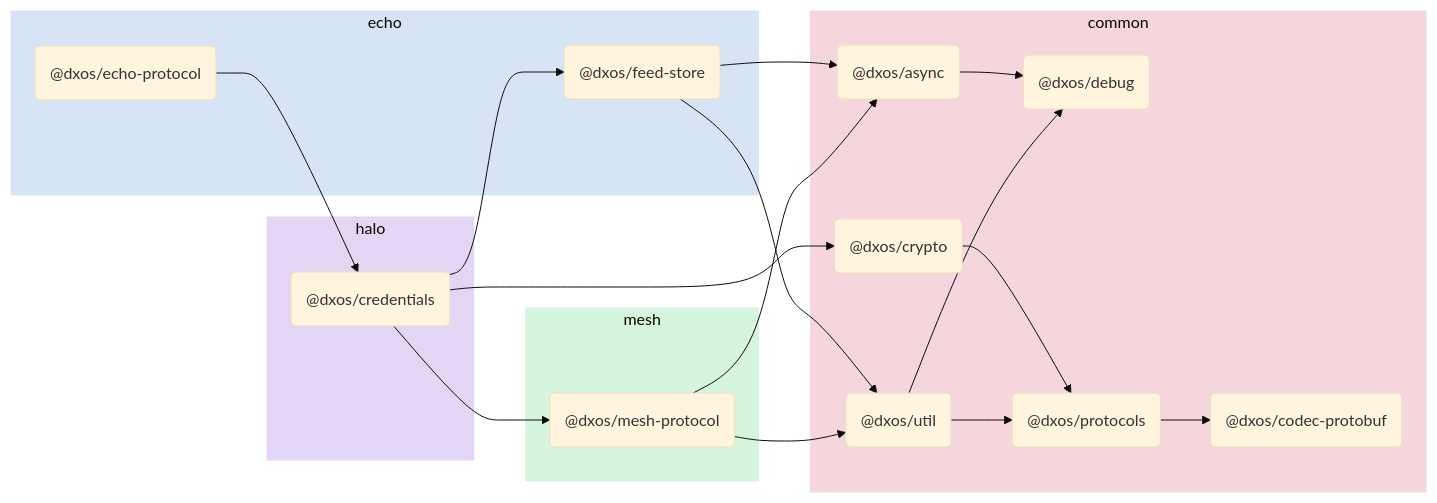
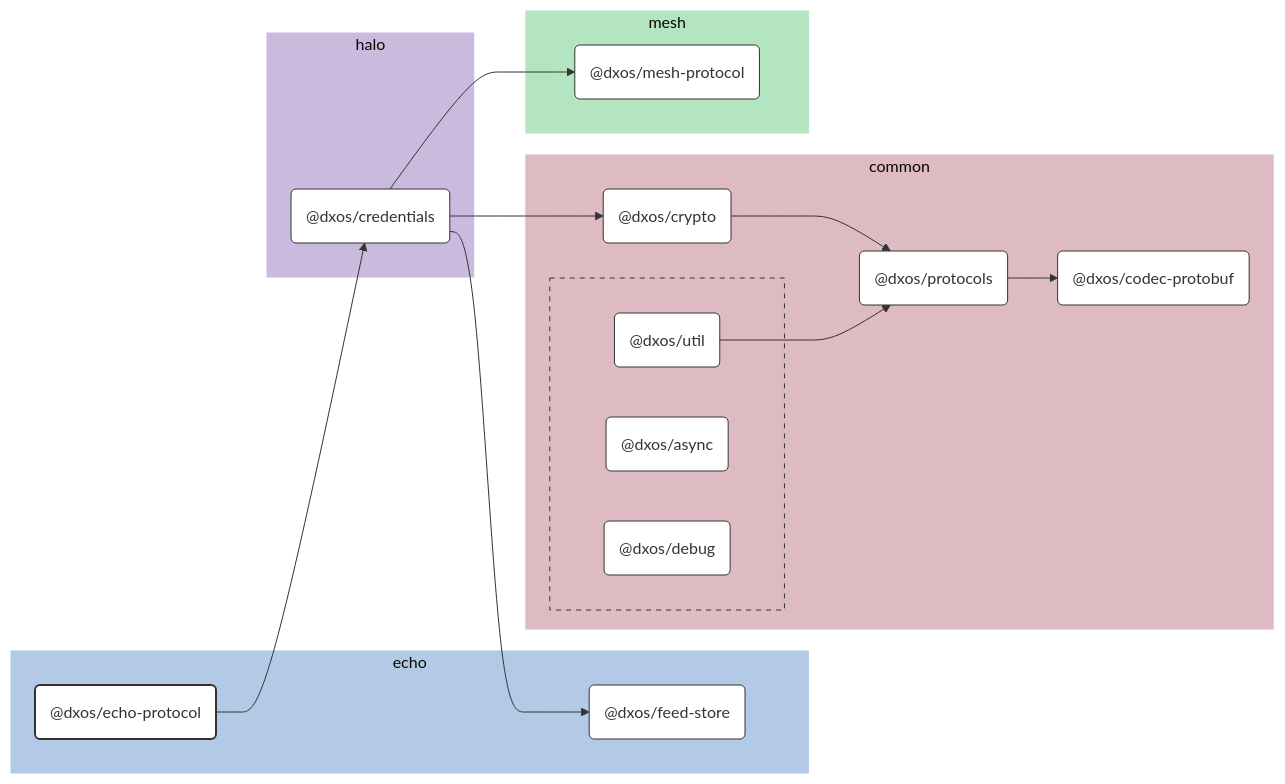
One commit to dxos/dxos changed the diagram in packages/echo/echo-protocol/docs/README.md. Above: the diagram before and after it, drawn with Mermaid (base theme). The commit also changed other lines of this file and 109 other files, not shown here.

````diff
--- a/packages/echo/echo-protocol/docs/README.md
+++ b/packages/echo/echo-protocol/docs/README.md
@@ -5,43 +7,79 @@
 ```mermaid
-flowchart LR;
+%%{ init: {'flowchart':{'curve':'basis'}} }%%
 
+flowchart LR
+
+%% Links
+dxos/credentials --> dxos/crypto;
+dxos/credentials --> dxos/feed-store;
+dxos/credentials --> dxos/mesh-protocol;
+dxos/crypto --> dxos/protocols;
+dxos/echo-protocol --> dxos/credentials;
+dxos/protocols --> dxos/codec-protobuf;
+dxos/util --> dxos/protocols;
+
+%% Sections
 subgraph echo
-  style echo fill:#d6e4f5,stroke:#fff;
-  dxos/echo-protocol("@dxos/echo-protocol");
-  dxos/feed-store("@dxos/feed-store");
+  style echo fill:#b3cae6,stroke:#fff;
+
+  dxos/echo-protocol("@dxos/echo-protocol")
+  dxos/feed-store("@dxos/feed-store")
 end
 
 subgraph common
-  style common fill:#f5d6dd,stroke:#fff;
-  dxos/async("@dxos/async");
-  dxos/debug("@dxos/debug");
-  dxos/codec-protobuf("@dxos/codec-protobuf");
-  dxos/crypto("@dxos/crypto");
-  dxos/protocols("@dxos/protocols");
-  dxos/util("@dxos/util");
+  style common fill:#debac2,stroke:#fff;
+
+  dxos/codec-protobuf("@dxos/codec-protobuf")
+  dxos/crypto("@dxos/crypto")
+  dxos/protocols("@dxos/protocols")
+
+  subgraph common-excluded [ ]
+    style common-excluded fill:#debac2,stroke:#333,stroke-dasharray:5 5;
+
+    dxos/async("@dxos/async")
+    dxos/debug("@dxos/debug")
+    dxos/util("@dxos/util")
+  end
 end
 
 subgraph halo
-  style halo fill:#e3d6f5,stroke:#fff;
-  dxos/credentials("@dxos/credentials");
+  style halo fill:#cabade,stroke:#fff;
+
+  dxos/credentials("@dxos/credentials")
 end
 
 subgraph mesh
-  style mesh fill:#d6f5de,stroke:#fff;
-  dxos/mesh-protocol("@dxos/mesh-protocol");
+  style mesh fill:#b3e6c0,stroke:#fff;
+
+  dxos/mesh-protocol("@dxos/mesh-protocol")
 end
 
-dxos/async --> dxos/debug;
-dxos/echo-protocol --> dxos/credentials;
-dxos/credentials --> dxos/crypto;
-dxos/crypto --> dxos/protocols;
-dxos/protocols --> dxos/codec-protobuf;
-dxos/credentials --> dxos/feed-store;
-dxos/feed-store --> dxos/async;
-dxos/feed-store --> dxos/util;
-dxos/util --> dxos/debug;
-dxos/util --> dxos/protocols;
-dxos/credentials --> dxos/mesh-protocol;
-dxos/mesh-protocol --> dxos/async;
-dxos/mesh-protocol --> dxos/util;
+
+%% Hyperlinks
+click dxos/async href "https:/github.com/dxos/dxos/tree/main/packages/common/async/docs";
+click dxos/codec-protobuf href "https:/github.com/dxos/dxos/tree/main/packages/common/codec-protobuf/docs";
+click dxos/credentials href "https:/github.com/dxos/dxos/tree/main/packages/halo/credentials/docs";
+click dxos/crypto href "https:/github.com/dxos/dxos/tree/main/packages/common/crypto/docs";
+click dxos/debug href "https:/github.com/dxos/dxos/tree/main/packages/common/debug/docs";
+click dxos/feed-store href "https:/github.com/dxos/dxos/tree/main/packages/echo/feed-store/docs";
+click dxos/mesh-protocol href "https:/github.com/dxos/dxos/tree/main/packages/mesh/mesh-protocol/docs";
+click dxos/protocols href "https:/github.com/dxos/dxos/tree/main/packages/common/protocols/docs";
+click dxos/util href "https:/github.com/dxos/dxos/tree/main/packages/common/util/docs";
+
+%% Styles
+classDef rootNode fill:#fff,stroke:#333,stroke-width:2px
+classDef defaultNode fill:#fff,stroke:#333,stroke-width:1px
+linkStyle default stroke:#333,stroke-width:1px
+
+dxos/echo-protocol:::rootNode
+
+dxos/async:::defaultNode
+dxos/codec-protobuf:::defaultNode
+dxos/credentials:::defaultNode
+dxos/crypto:::defaultNode
+dxos/debug:::defaultNode
+dxos/feed-store:::defaultNode
+dxos/mesh-protocol:::defaultNode
+dxos/protocols:::defaultNode
+dxos/util:::defaultNode
 ```
````
